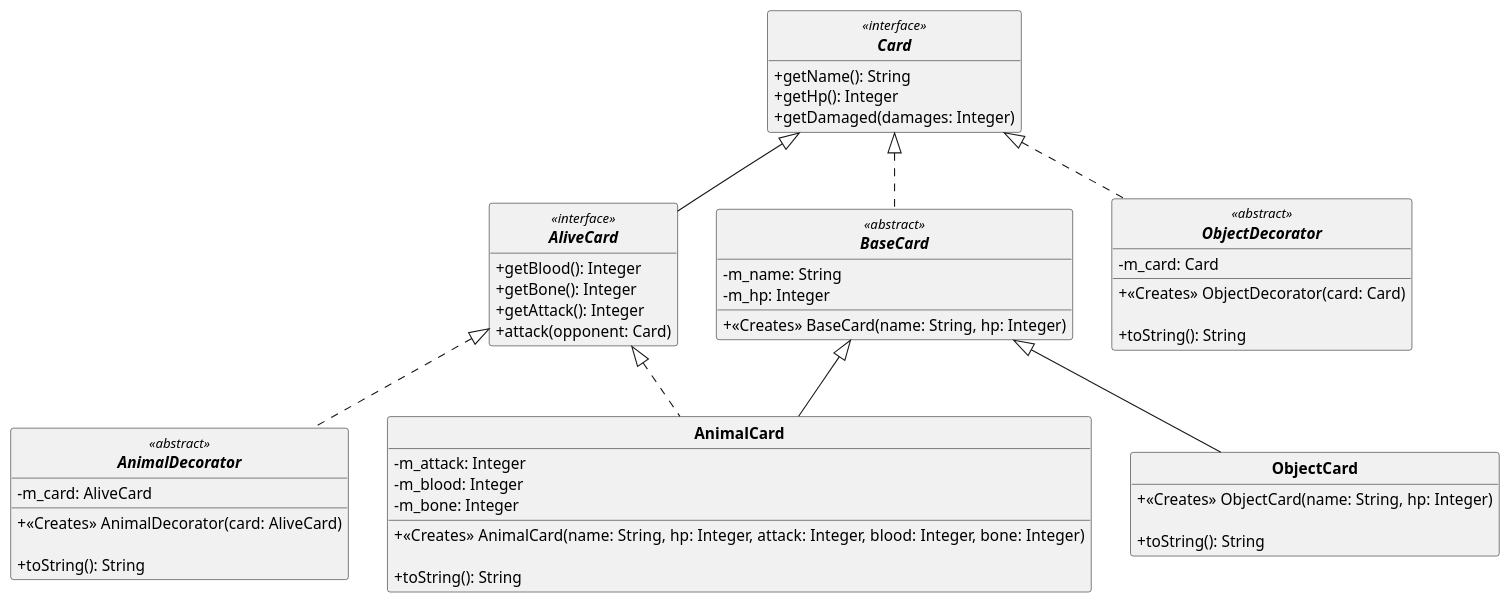
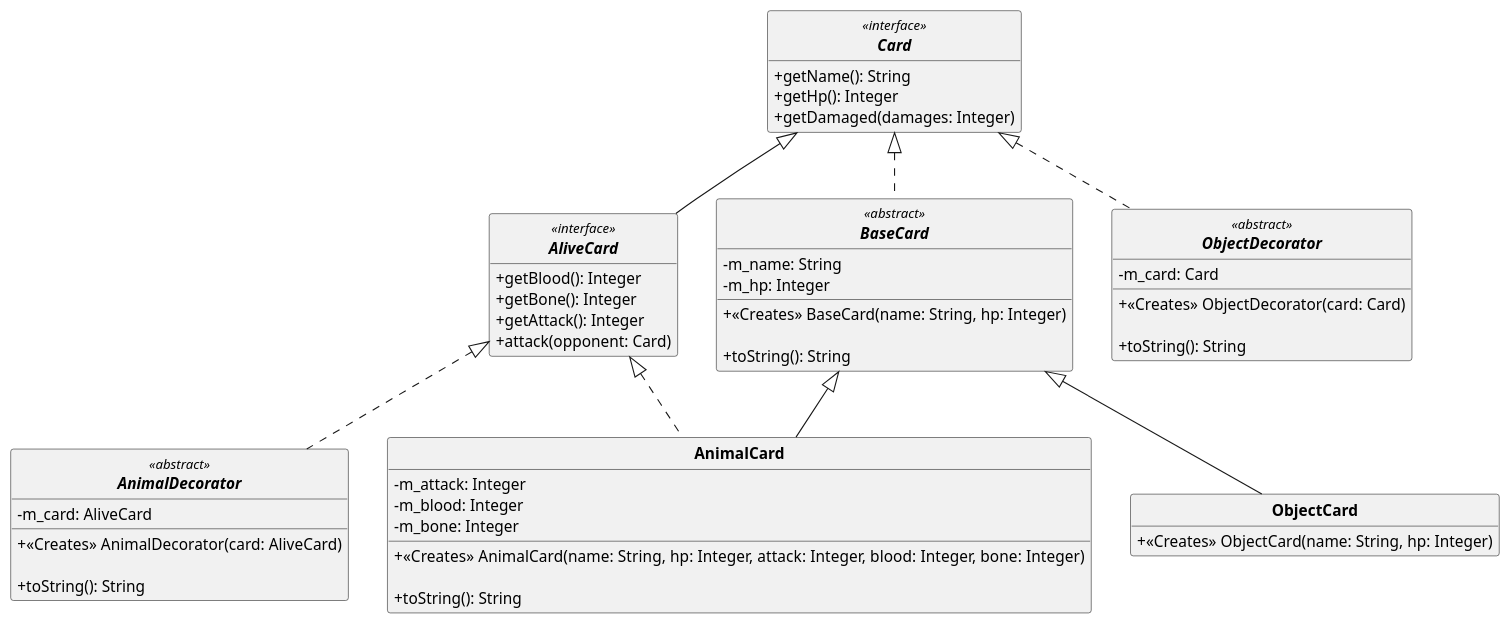
One commit to Guyomeuh/inscryption-tui changed the diagram in uml/cards.puml. Above: the diagram before and after it, drawn with PlantUML. The commit also changed other lines of this file, not shown here.

Commit message:
rectifié uml

```diff
--- a/uml/cards.puml
+++ b/uml/cards.puml
@@ -1,60 +1,60 @@
 @startuml
 
 skinparam classAttributeIconSize 0
 skinparam classFontStyle Bold
 skinparam style strictuml
 hide empty members
 
 interface Card <<interface>> {
     + getName(): String
     + getHp(): Integer
     + getDamaged(damages: Integer)
 }
 
 interface AliveCard <<interface>> implements Card {
     + getBlood(): Integer
     + getBone(): Integer
     + getAttack(): Integer
     + attack(opponent: Card)
 }
 
 abstract class BaseCard <<abstract>> implements Card {
     - m_name: String 
     - m_hp: Integer 
 
     + <<Creates>> BaseCard(name: String, hp: Integer)
+
+    + toString(): String
 }
 
 class ObjectCard extends BaseCard {
     + <<Creates>> ObjectCard(name: String, hp: Integer)
-
-    + toString(): String
 }
 
 class AnimalCard extends BaseCard implements AliveCard {
     - m_attack: Integer 
     - m_blood: Integer
     - m_bone: Integer
 
     + <<Creates>> AnimalCard(name: String, hp: Integer, attack: Integer, blood: Integer, bone: Integer)
 
     + toString(): String
 }
 
 abstract class ObjectDecorator <<abstract>> implements Card {
     - m_card: Card 
 
     + <<Creates>> ObjectDecorator(card: Card)
 
     + toString(): String
 }
 
 abstract class AnimalDecorator <<abstract>> implements AliveCard {
     - m_card: AliveCard 
 
     + <<Creates>> AnimalDecorator(card: AliveCard)
 
     + toString(): String
 }
 
 @enduml
```
